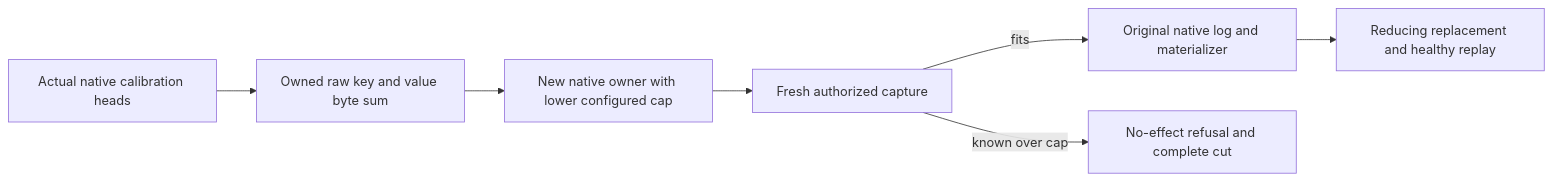
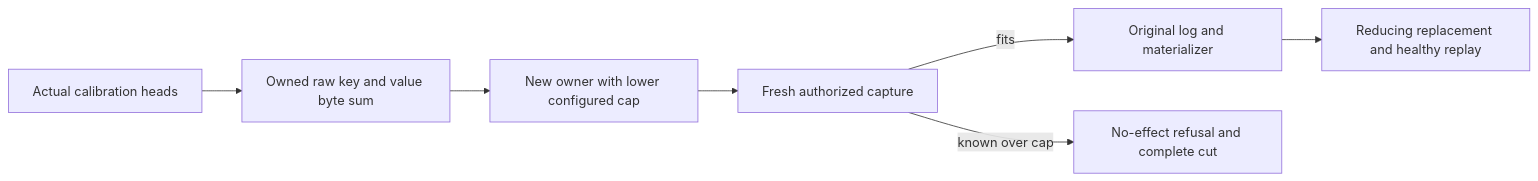
Before and after one commit to managedcode/KeyLoad: the diagram in docs/Features/Search/Bm25ConfiguredQuota.md, drawn with Mermaid. The commit also changed other lines of this file and 9016 other files, not shown here.

````diff
--- a/docs/Features/Search/Bm25ConfiguredQuota.md
+++ b/docs/Features/Search/Bm25ConfiguredQuota.md
@@ -11,9 +11,9 @@
 ```mermaid
 flowchart LR
-  C[Actual native calibration heads] --> B[Owned raw key and value byte sum]
-  B --> O[New native owner with lower configured cap]
+  C[Actual calibration heads] --> B[Owned raw key and value byte sum]
+  B --> O[New owner with lower configured cap]
   O --> F[Fresh authorized capture]
-  F -->|fits| P[Original native log and materializer]
+  F -->|fits| P[Original log and materializer]
   F -->|known over cap| R[No-effect refusal and complete cut]
   P --> H[Reducing replacement and healthy replay]
 ```
````
